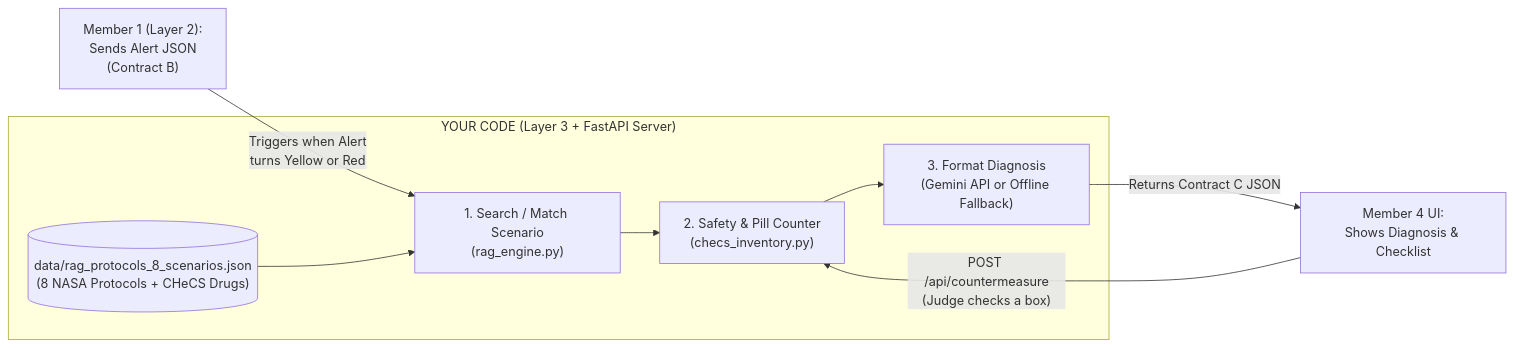
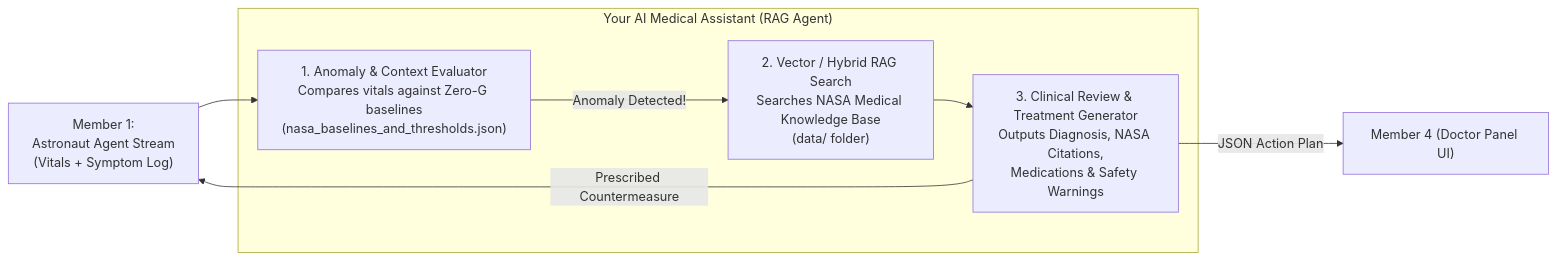
The diagram in team-guides/MEMBER-2-GUIDE.md (tuplahda/nasa-space-apps-2026-planning), drawn with Mermaid before and after one commit. The commit also changed other lines of this file and 12 other files, not shown here.

Commit message:
Simplify repo to clean Multi-Agent Plan (Astronaut Agent + RAG Doctor Agent + 4 Member Guides)

````diff
--- a/team-guides/MEMBER-2-GUIDE.md
+++ b/team-guides/MEMBER-2-GUIDE.md
@@ -11,16 +10,15 @@
 ```mermaid
 flowchart LR
-    M1["Member 1 (Layer 2):<br/>Sends Alert JSON<br/>(Contract B)"] -->|"Triggers when Alert<br/>turns Yellow or Red"| YOUR_RAG
+    M1["Member 1:<br/>Astronaut Agent Stream<br/>(Vitals + Symptom Log)"] --> WATCH
 
-    subgraph YOUR_CODE["YOUR CODE (Layer 3 + FastAPI Server)"]
-        KB[("data/rag_protocols_8_scenarios.json<br/>(8 NASA Protocols + CHeCS Drugs)")]
-        YOUR_RAG["1. Search / Match Scenario<br/>(rag_engine.py)"]
-        GUARD["2. Safety & Pill Counter<br/>(checs_inventory.py)"]
-        AI["3. Format Diagnosis<br/>(Gemini API or Offline Fallback)"]
+    subgraph RAG_AGENT["Your AI Medical Assistant (RAG Agent)"]
+        WATCH["1. Anomaly & Context Evaluator<br/>Compares vitals against Zero-G baselines<br/>(nasa_baselines_and_thresholds.json)"]
+        SEARCH["2. Vector / Hybrid RAG Search<br/>Searches NASA Medical Knowledge Base<br/>(data/ folder)"]
+        LLM["3. Clinical Review & Treatment Generator<br/>Outputs Diagnosis, NASA Citations,<br/>Medications & Safety Warnings"]
 
-        KB --> YOUR_RAG --> GUARD --> AI
+        WATCH -->|"Anomaly Detected!"| SEARCH --> LLM
     end
 
-    AI -->|"Returns Contract C JSON"| M4["Member 4 UI:<br/>Shows Diagnosis & Checklist"]
-    M4 -->|"POST /api/countermeasure<br/>(Judge checks a box)"| GUARD
+    LLM -->|"JSON Action Plan"| M4["Member 4 (Doctor Panel UI)"]
+    LLM -->|"Prescribed Countermeasure"| M1
 ```
````
